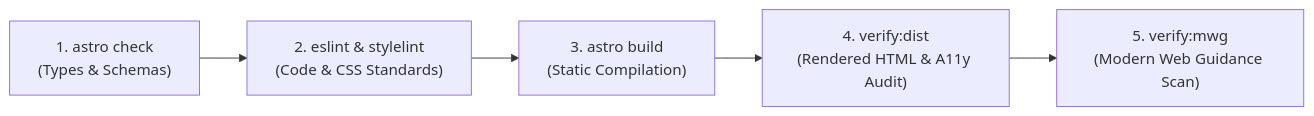
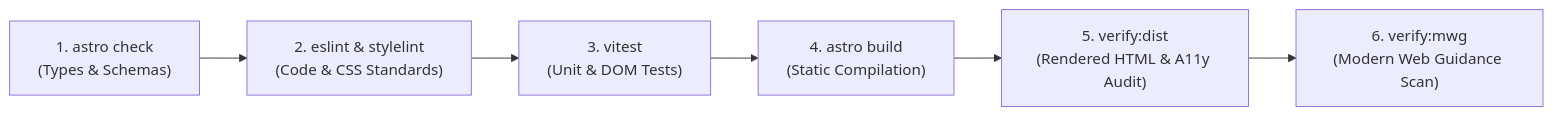
Before and after one commit to robpomeroy/publisher-to-word: the diagram in docs/TESTING_AND_QA.md, drawn with Mermaid. The commit also changed other lines of this file and 6 other files, not shown here.

````diff
--- a/docs/TESTING_AND_QA.md
+++ b/docs/TESTING_AND_QA.md
@@ -22,10 +22,11 @@
 ```mermaid
 flowchart LR
   Step1["1. astro check<br/>(Types & Schemas)"]
   Step2["2. eslint & stylelint<br/>(Code & CSS Standards)"]
-  Step3["3. astro build<br/>(Static Compilation)"]
-  Step4["4. verify:dist<br/>(Rendered HTML & A11y Audit)"]
-  Step5["5. verify:mwg<br/>(Modern Web Guidance Scan)"]
+  Step3["3. vitest<br/>(Unit & DOM Tests)"]
+  Step4["4. astro build<br/>(Static Compilation)"]
+  Step5["5. verify:dist<br/>(Rendered HTML & A11y Audit)"]
+  Step6["6. verify:mwg<br/>(Modern Web Guidance Scan)"]
 
-  Step1 --> Step2 --> Step3 --> Step4 --> Step5
+  Step1 --> Step2 --> Step3 --> Step4 --> Step5 --> Step6
 ```
````
